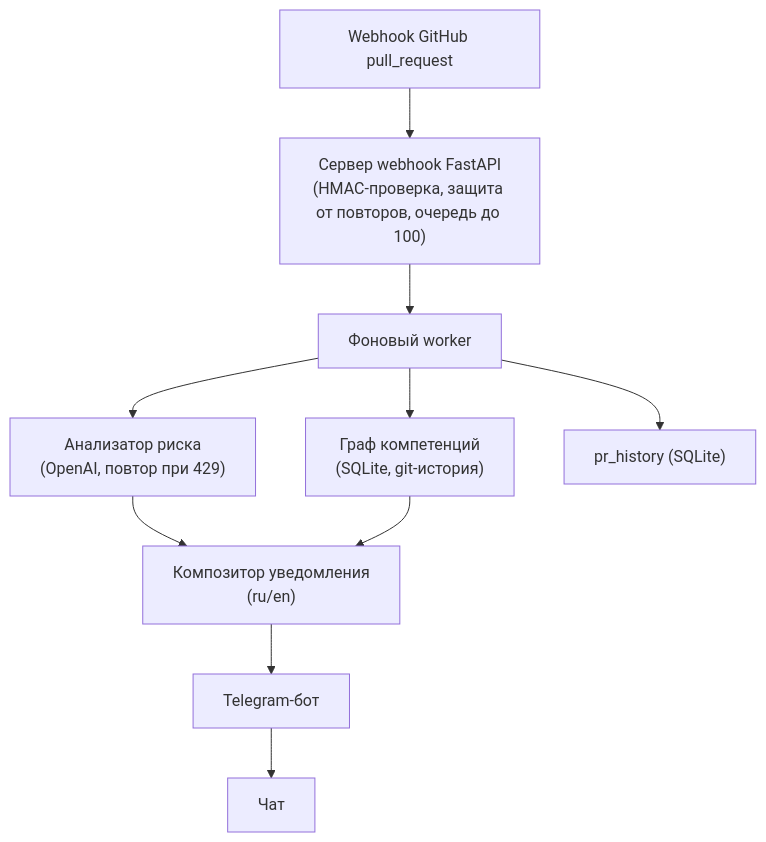
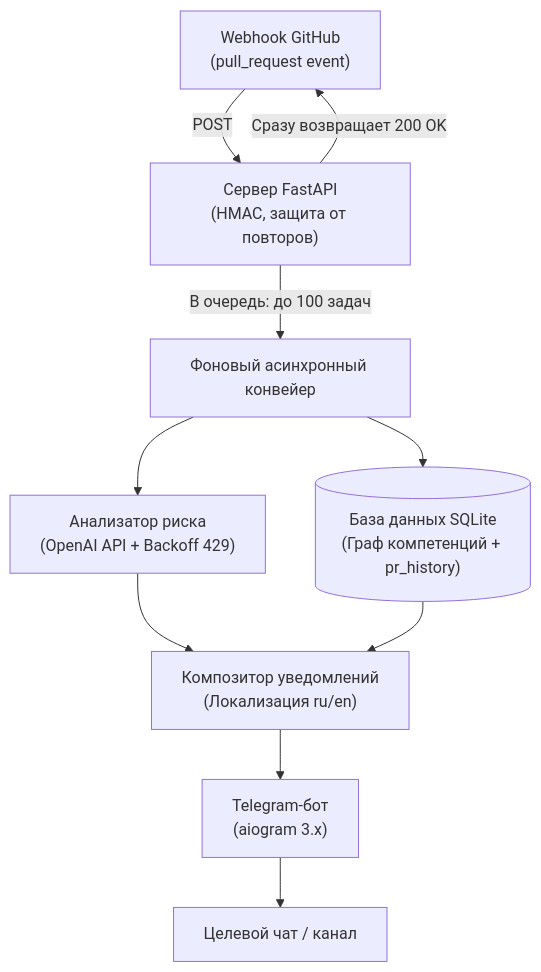
Before and after one commit to Undy19/PR-Sentinel: the diagram in README.ru.md, drawn with Mermaid. The commit also changed 1 other file, not shown here.

Commit message:
docs(readme): refine architecture pipeline diagram

````diff
--- a/README.ru.md
+++ b/README.ru.md
@@ -27,12 +27,16 @@
 ```mermaid
-flowchart TD
-    A["Webhook GitHub pull_request"] --> B["Сервер webhook FastAPI<br/>(HMAC-проверка, защита от повторов, очередь до 100)"]
-    B --> C["Фоновый worker"]
-    C --> D["Анализатор риска<br/>(OpenAI, повтор при 429)"]
-    C --> E["Граф компетенций<br/>(SQLite, git-история)"]
-    D --> F["Композитор уведомления<br/>(ru/en)"]
+graph TD
+    A["Webhook GitHub<br/>(pull_request event)"] -->|POST| B["Сервер FastAPI<br/>(HMAC, защита от повторов)"]
+    B -->|Сразу возвращает 200 OK| A
+    B -->|В очередь: до 100 задач| C["Фоновый асинхронный конвейер"]
+
+    C --> D["Анализатор риска<br/>(OpenAI API + Backoff 429)"]
+    C --> E[("База данных SQLite<br/>(Граф компетенций + pr_history)")]
+
+    D --> F["Композитор уведомлений<br/>(Локализация ru/en)"]
     E --> F
-    F --> G["Telegram-бот"]
-    G --> H["Чат"]
-    C --> I["pr_history (SQLite)"]
+
+    F --> G["Telegram-бот<br/>(aiogram 3.x)"]
+    G --> H["Целевой чат / канал"]
+
 ```
````
